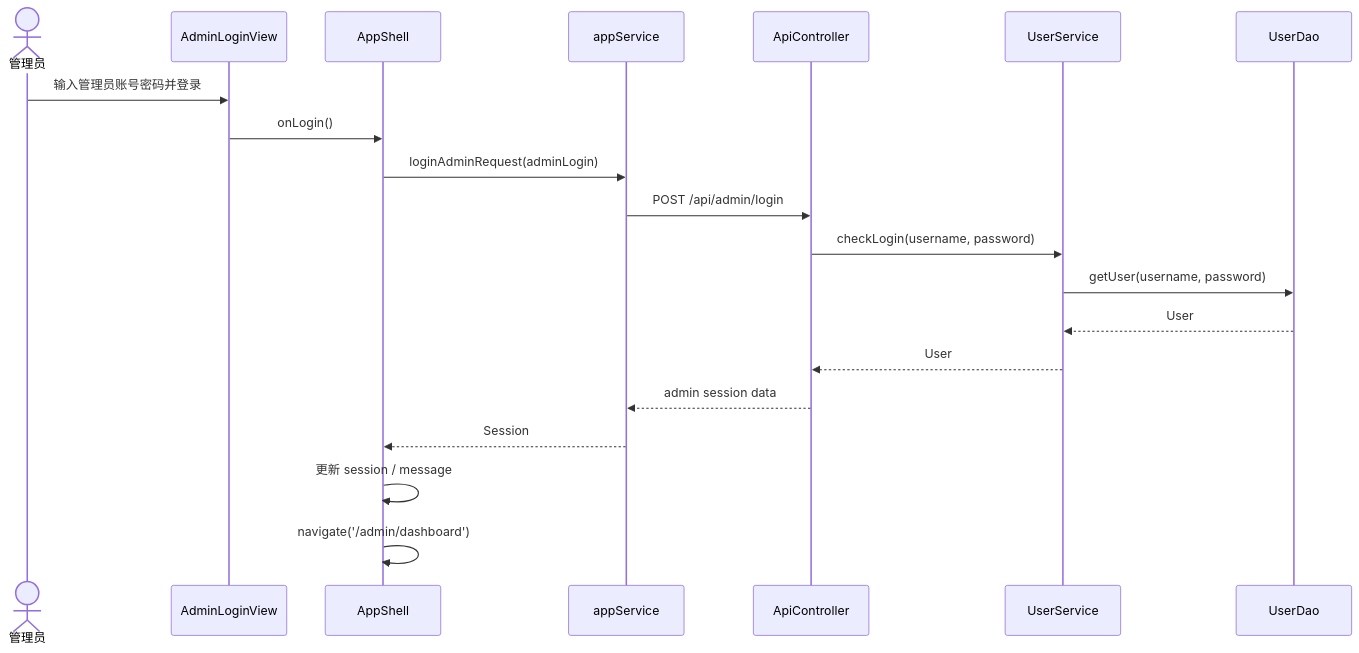
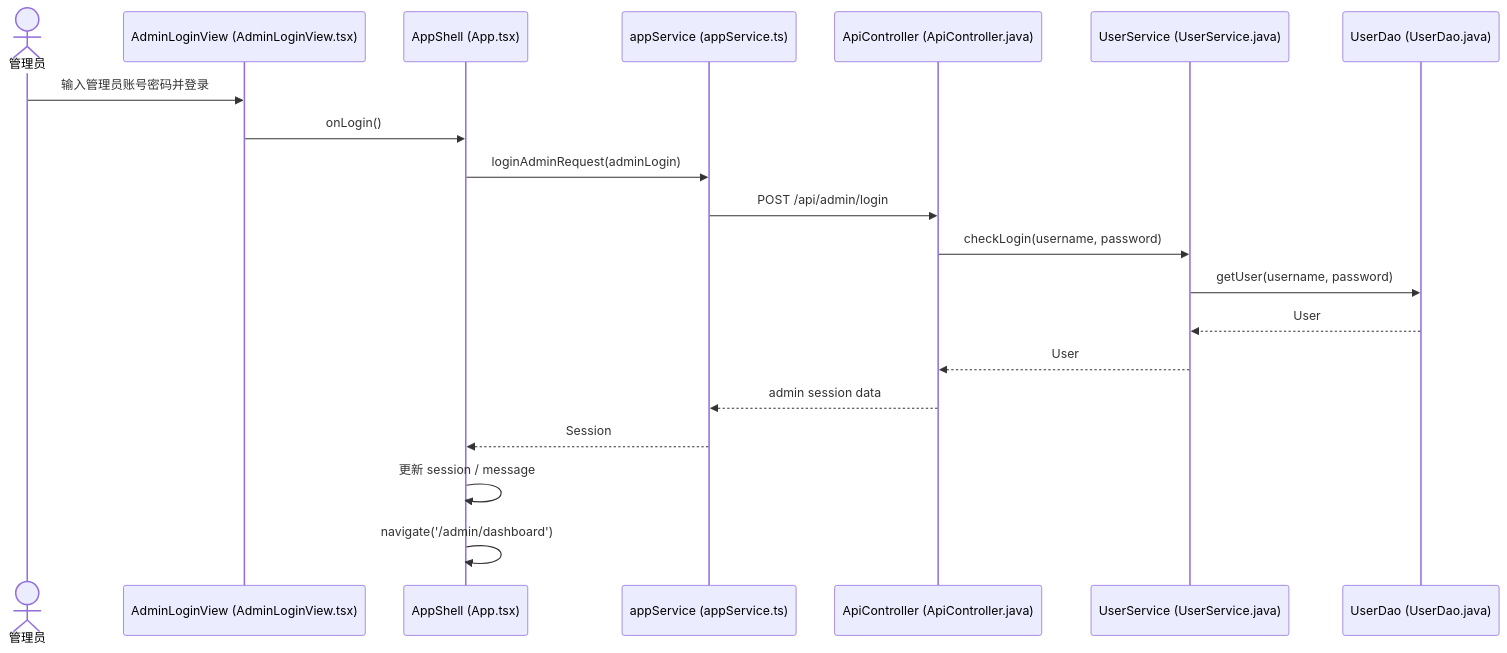
The seventh of 8 diagrams in java-projects/JtProject-React/docs/README.md (kurekako2017/vscode_study), drawn with Mermaid before and after one commit. The commit also changed other lines of this file and 11 other files, not shown here.

Commit message:
docs: expand AWS and project diagrams

````diff
--- a/java-projects/JtProject-React/docs/README.md
+++ b/java-projects/JtProject-React/docs/README.md
@@ -607,23 +732,23 @@
 ```mermaid
 sequenceDiagram
 	actor A1 as 管理员
-	participant V as AdminLoginView
-	participant S as AppShell
-	participant AS as appService
-	participant C as ApiController
-	participant US as UserService
-	participant UD as UserDao
+	participant V as AdminLoginView (AdminLoginView.tsx)
+	participant S as AppShell (App.tsx)
+	participant AS as appService (appService.ts)
+	participant C as ApiController (ApiController.java)
+	participant US as UserService (UserService.java)
+	participant UD as UserDao (UserDao.java)
 
 	A1->>V: 输入管理员账号密码并登录
 	V->>S: onLogin()
 	S->>AS: loginAdminRequest(adminLogin)
 	AS->>C: POST /api/admin/login
 	C->>US: checkLogin(username, password)
 	US->>UD: getUser(username, password)
 	UD-->>US: User
 	US-->>C: User
 	C-->>AS: admin session data
 	AS-->>S: Session
 	S->>S: 更新 session / message
 	S->>S: navigate('/admin/dashboard')
 ```
````
